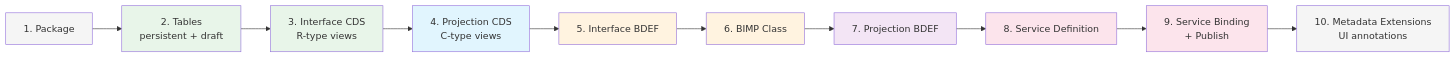
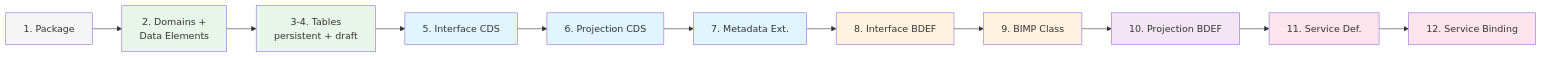
Before and after one commit to fr0ster/cloud-llm-hub: the fourth of 10 diagrams in docs/tutorials/rap-bo-creation.md, drawn with Mermaid. The commit also changed other lines of this file, not shown here.

First line of the commit message:
docs: update tutorial diagrams to match 14-step structure

````diff
--- a/docs/tutorials/rap-bo-creation.md
+++ b/docs/tutorials/rap-bo-creation.md
@@ -188,23 +188,25 @@
 ```mermaid
 flowchart LR
-    P[1. Package] --> A[2. Tables<br/>persistent + draft]
-    A --> B[3. Interface CDS<br/>R-type views]
-    B --> C[4. Projection CDS<br/>C-type views]
-    C --> D[5. Interface BDEF]
-    D --> E[6. BIMP Class]
-    E --> F[7. Projection BDEF]
-    F --> G[8. Service Definition]
-    G --> H[9. Service Binding<br/>+ Publish]
-    H --> I[10. Metadata Extensions<br/>UI annotations]
+    P[1. Package] --> DD[2. Domains +<br/>Data Elements]
+    DD --> A[3-4. Tables<br/>persistent + draft]
+    A --> B[5. Interface CDS]
+    B --> C[6. Projection CDS]
+    C --> MDE[7. Metadata Ext.]
+    MDE --> D[8. Interface BDEF]
+    D --> E[9. BIMP Class]
+    E --> F[10. Projection BDEF]
+    F --> G[11. Service Def.]
+    G --> H[12. Service Binding]
 
     style P fill:#f5f5f5
+    style DD fill:#e8f5e9
     style A fill:#e8f5e9
-    style B fill:#e8f5e9
+    style B fill:#e1f5fe
     style C fill:#e1f5fe
+    style MDE fill:#e1f5fe
     style D fill:#fff3e0
     style E fill:#fff3e0
     style F fill:#f3e5f5
     style G fill:#fce4ec
     style H fill:#fce4ec
-    style I fill:#f5f5f5
 ```
````
